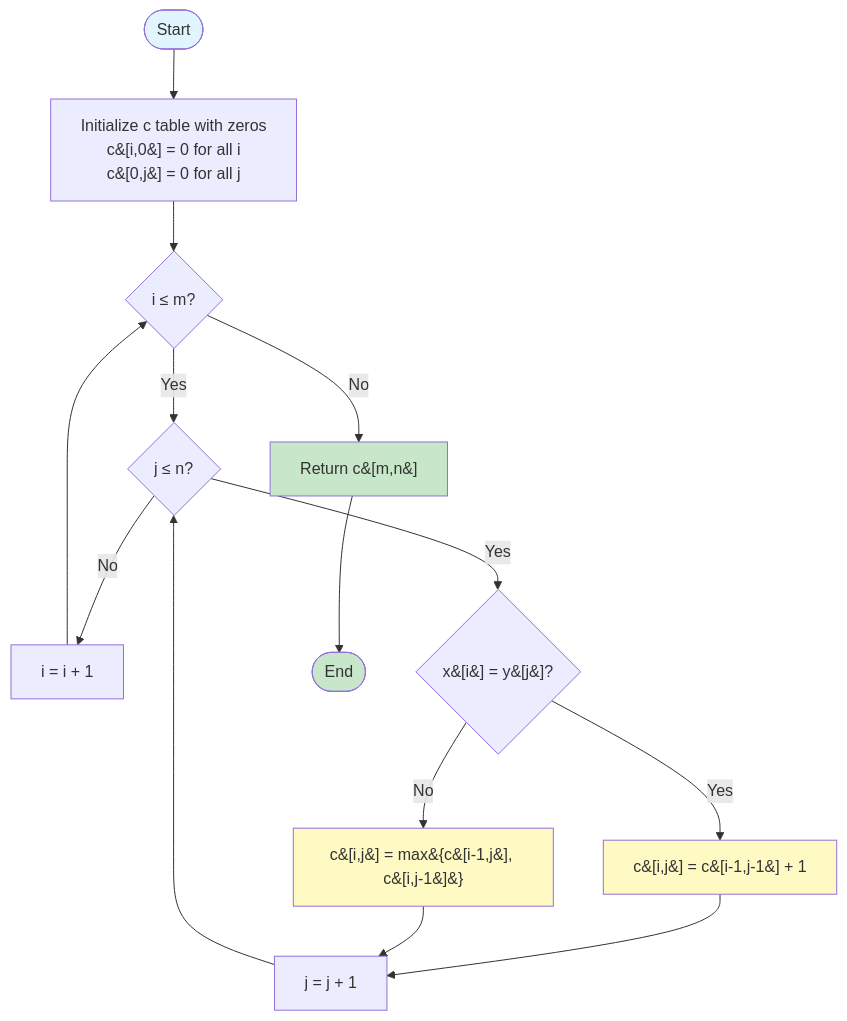
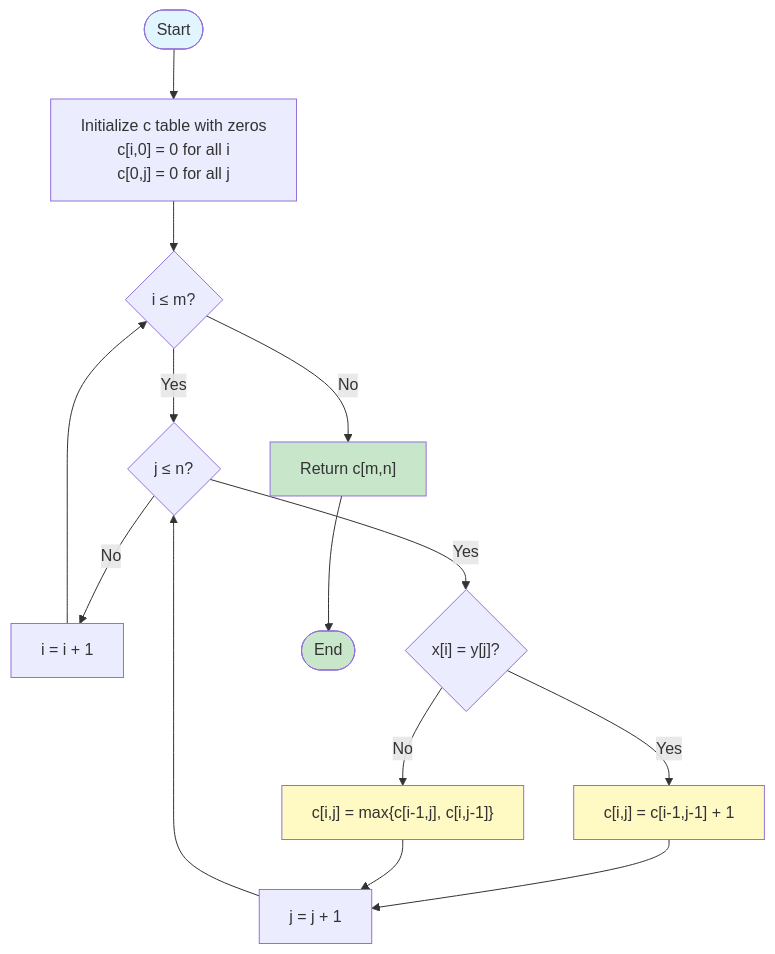
Before and after one commit to ngokhoa1202/cs-note: the first of 2 diagrams in algorithm/algorithm/string/Longest common subsequence.md, drawn with Mermaid. The commit also changed 32 other files, not shown here.

````diff
--- a/algorithm/algorithm/string/Longest common subsequence.md
+++ b/algorithm/algorithm/string/Longest common subsequence.md
@@ -54,22 +54,22 @@
 ```mermaid
 flowchart TD
-    Start([Start]) --> Init[Initialize c table with zeros<br/>c&#91;i,0&#93; = 0 for all i<br/>c&#91;0,j&#93; = 0 for all j]
+    Start([Start]) --> Init[Initialize c table with zeros<br/>c#91;i,0#93; = 0 for all i<br/>c#91;0,j#93; = 0 for all j]
     Init --> LoopI{i ≤ m?}
-    LoopI -->|No| Return[Return c&#91;m,n&#93;]
+    LoopI -->|No| Return[Return c#91;m,n#93;]
     LoopI -->|Yes| LoopJ{j ≤ n?}
     LoopJ -->|No| IncI[i = i + 1]
     IncI --> LoopI
-    LoopJ -->|Yes| CheckEqual{x&#91;i&#93; = y&#91;j&#93;?}
-    CheckEqual -->|Yes| Match[c&#91;i,j&#93; = c&#91;i-1,j-1&#93; + 1]
-    CheckEqual -->|No| NoMatch[c&#91;i,j&#93; = max&#123;c&#91;i-1,j&#93;, c&#91;i,j-1&#93;&#125;]
+    LoopJ -->|Yes| CheckEqual{x#91;i#93; = y#91;j#93;?}
+    CheckEqual -->|Yes| Match[c#91;i,j#93; = c#91;i-1,j-1#93; + 1]
+    CheckEqual -->|No| NoMatch[c#91;i,j#93; = max#123;c#91;i-1,j#93;, c#91;i,j-1#93;#125;]
     Match --> IncJ[j = j + 1]
     NoMatch --> IncJ
     IncJ --> LoopJ
     Return --> End([End])
 
     style Start fill:#e1f5fe
     style End fill:#c8e6c9
     style Match fill:#fff9c4
     style NoMatch fill:#fff9c4
     style Return fill:#c8e6c9
 ```
````
